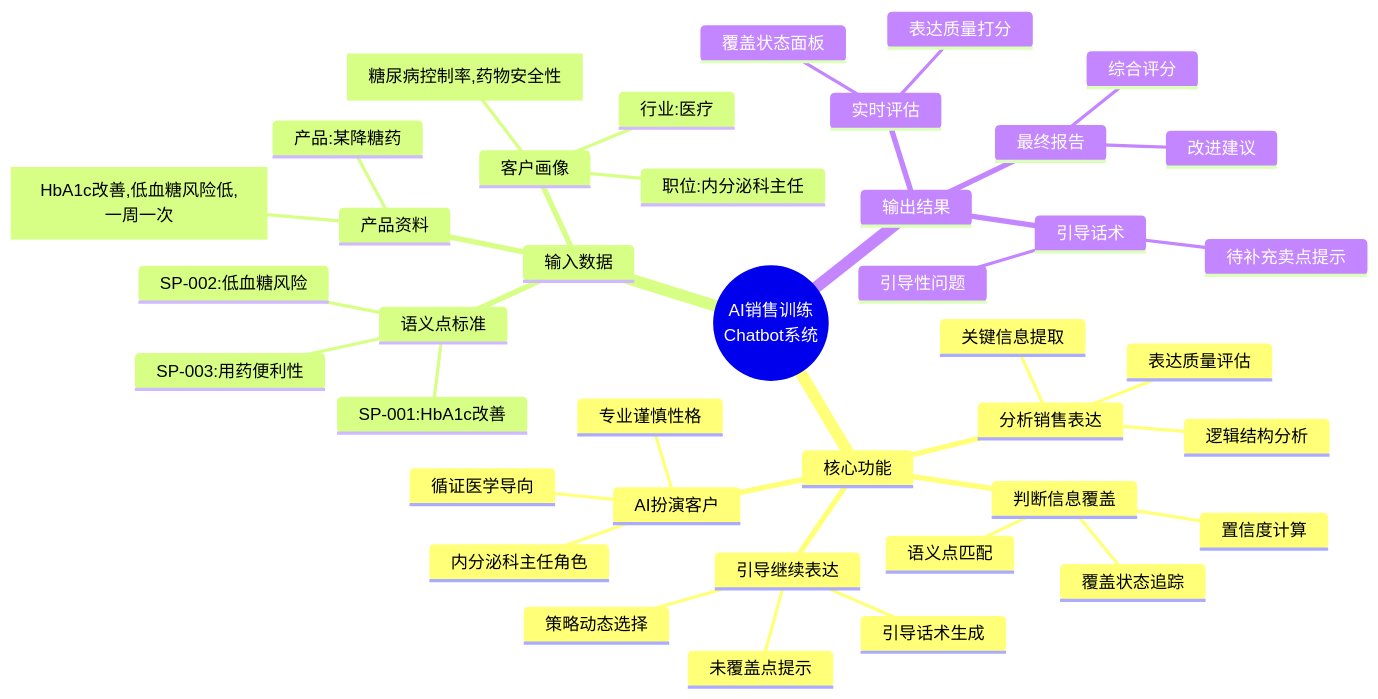
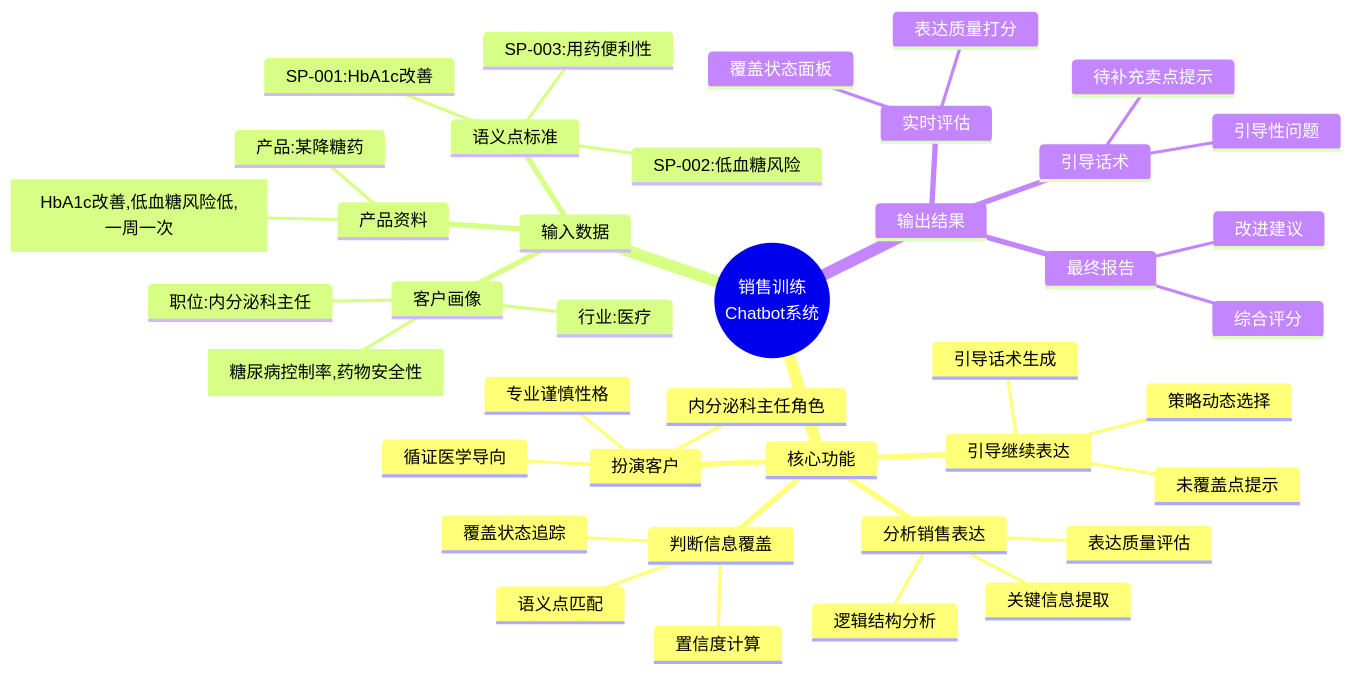
Before and after one commit to xt765/UMU-Sales-Trainer: the third of 15 diagrams in README.md, drawn with Mermaid. The commit also changed other lines of this file and 3 other files, not shown here.

Commit message:
docs: 修复技术栈全景图布局 - 子图垂直堆叠 + 去除emoji

````diff
--- a/README.md
+++ b/README.md
@@ -112,43 +112,43 @@
 ```mermaid
 mindmap
-  root((AI销售训练<br>Chatbot系统))
+  root((销售训练<br>Chatbot系统))
     核心功能
-      AI扮演客户
+      扮演客户
         内分泌科主任角色
         专业谨慎性格
         循证医学导向
       分析销售表达
         关键信息提取
         表达质量评估
         逻辑结构分析
       判断信息覆盖
         语义点匹配
         覆盖状态追踪
         置信度计算
       引导继续表达
         未覆盖点提示
         引导话术生成
         策略动态选择
     输入数据
       客户画像
         行业:医疗
         职位:内分泌科主任
         关注点:[糖尿病控制率,药物安全性]
       产品资料
         产品:某降糖药
         卖点:[HbA1c改善,低血糖风险低,一周一次]
       语义点标准
         SP-001:HbA1c改善
         SP-002:低血糖风险
         SP-003:用药便利性
     输出结果
       实时评估
         覆盖状态面板
         表达质量打分
       引导话术
         待补充卖点提示
         引导性问题
       最终报告
         综合评分
         改进建议
 ```
````
